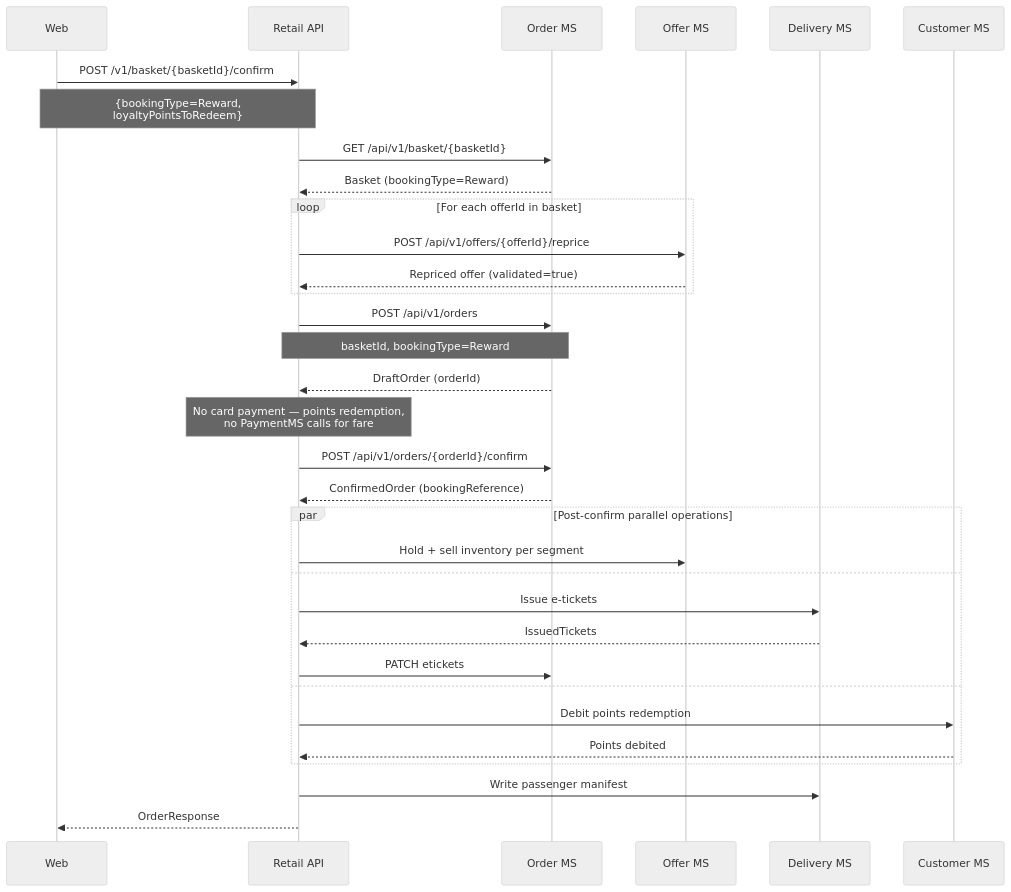
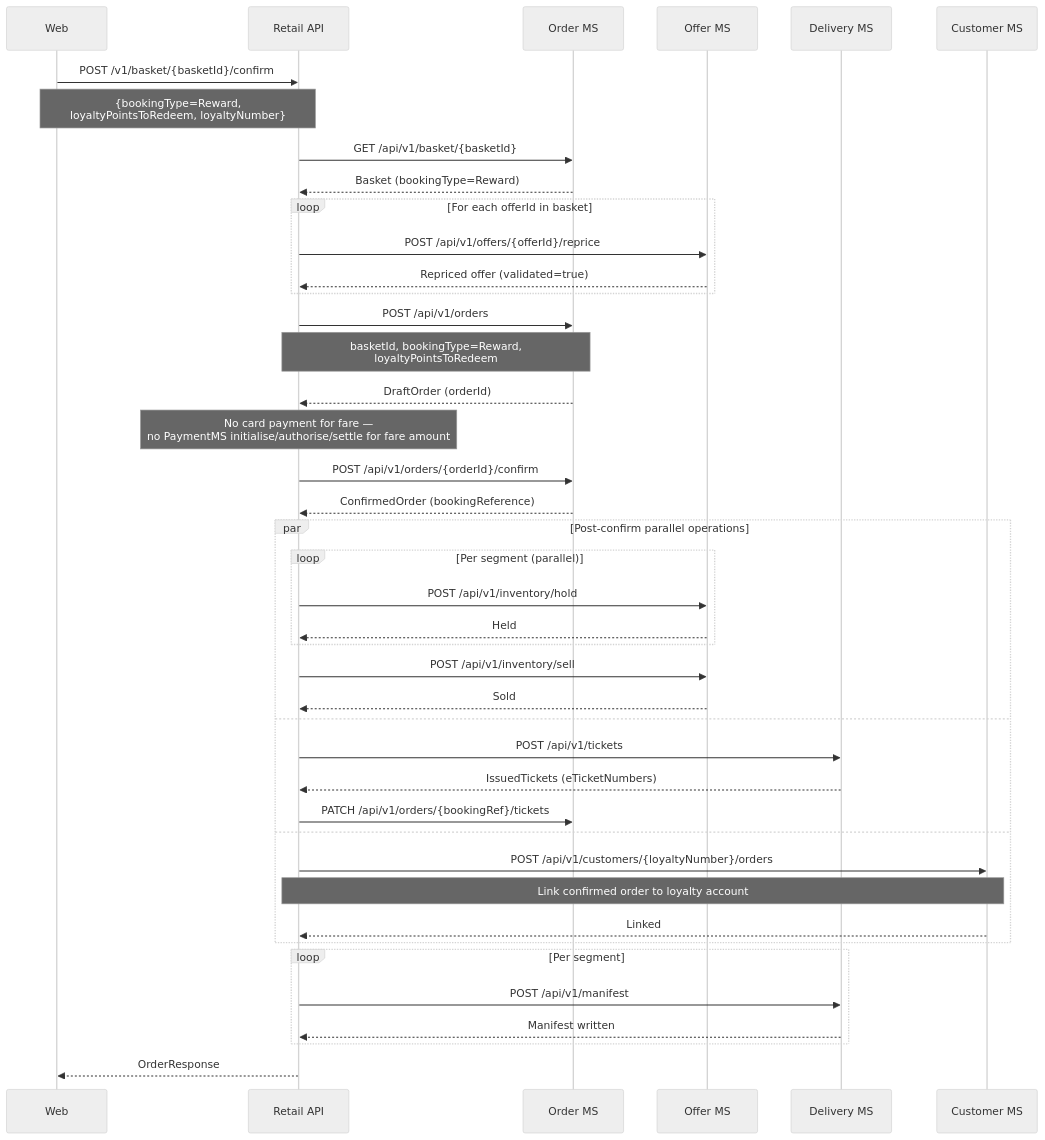
One commit to sebharvey/airline-reservation-system changed the ninth of 11 diagrams in documentation/sequences/order.md. Above: the diagram before and after it, drawn with Mermaid (neutral theme). The commit also changed other lines of this file and 11 other files, not shown here.

````diff
--- a/documentation/sequences/order.md
+++ b/documentation/sequences/order.md
@@ -243,43 +302,55 @@
 ```mermaid
 sequenceDiagram
     participant Web
     participant RetailAPI as Retail API
     participant OrderMS as Order MS
     participant OfferMS as Offer MS
     participant DeliveryMS as Delivery MS
     participant CustomerMS as Customer MS
 
     Web->>RetailAPI: POST /v1/basket/{basketId}/confirm
-    Note over Web,RetailAPI: {bookingType=Reward,<br/>loyaltyPointsToRedeem}
+    Note over Web,RetailAPI: {bookingType=Reward,<br/>loyaltyPointsToRedeem, loyaltyNumber}
 
     RetailAPI->>OrderMS: GET /api/v1/basket/{basketId}
     OrderMS-->>RetailAPI: Basket (bookingType=Reward)
 
     loop For each offerId in basket
         RetailAPI->>OfferMS: POST /api/v1/offers/{offerId}/reprice
         OfferMS-->>RetailAPI: Repriced offer (validated=true)
     end
 
     RetailAPI->>OrderMS: POST /api/v1/orders
-    Note over RetailAPI,OrderMS: basketId, bookingType=Reward
+    Note over RetailAPI,OrderMS: basketId, bookingType=Reward,<br/>loyaltyPointsToRedeem
     OrderMS-->>RetailAPI: DraftOrder (orderId)
 
-    Note over RetailAPI: No card payment — points redemption,<br/>no PaymentMS calls for fare
+    Note over RetailAPI: No card payment for fare —<br/>no PaymentMS initialise/authorise/settle for fare amount
 
     RetailAPI->>OrderMS: POST /api/v1/orders/{orderId}/confirm
     OrderMS-->>RetailAPI: ConfirmedOrder (bookingReference)
 
     par Post-confirm parallel operations
-        RetailAPI->>OfferMS: Hold + sell inventory per segment
+        loop Per segment (parallel)
+            RetailAPI->>OfferMS: POST /api/v1/inventory/hold
+            OfferMS-->>RetailAPI: Held
+        end
+        RetailAPI->>OfferMS: POST /api/v1/inventory/sell
+        OfferMS-->>RetailAPI: Sold
+
     and
-        RetailAPI->>DeliveryMS: Issue e-tickets
-        DeliveryMS-->>RetailAPI: IssuedTickets
-        RetailAPI->>OrderMS: PATCH etickets
+        RetailAPI->>DeliveryMS: POST /api/v1/tickets
+        DeliveryMS-->>RetailAPI: IssuedTickets (eTicketNumbers)
+        RetailAPI->>OrderMS: PATCH /api/v1/orders/{bookingRef}/tickets
+
     and
-        RetailAPI->>CustomerMS: Debit points redemption
-        CustomerMS-->>RetailAPI: Points debited
+        RetailAPI->>CustomerMS: POST /api/v1/customers/{loyaltyNumber}/orders
+        Note over RetailAPI,CustomerMS: Link confirmed order to loyalty account
+        CustomerMS-->>RetailAPI: Linked
     end
 
-    RetailAPI->>DeliveryMS: Write passenger manifest
+    loop Per segment
+        RetailAPI->>DeliveryMS: POST /api/v1/manifest
+        DeliveryMS-->>RetailAPI: Manifest written
+    end
+
     RetailAPI-->>Web: OrderResponse
 ```
````
